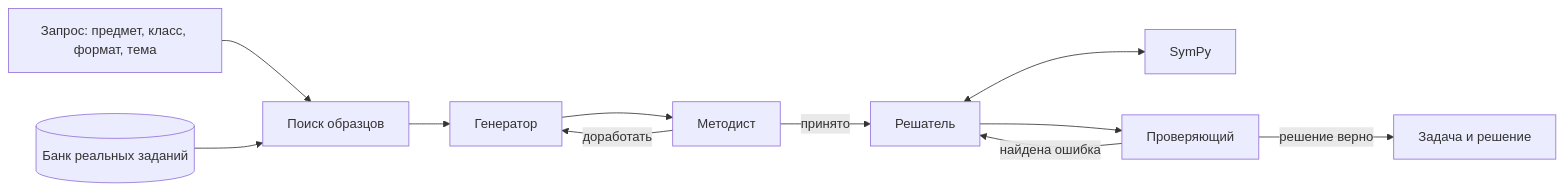
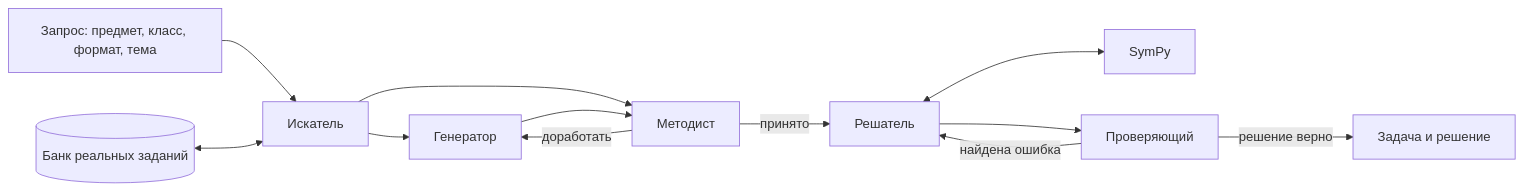
One commit to Aristarkh27/math_problems_generation changed the diagram in README.md. Above: the diagram before and after it, drawn with Mermaid. The commit also changed other lines of this file, not shown here.

````diff
--- a/README.md
+++ b/README.md
@@ -48,13 +50,14 @@
 ```mermaid
 flowchart LR
-    U["Запрос: предмет, класс, формат, тема"] --> R["Поиск образцов"]
-    B[("Банк реальных заданий")] --> R
-    R --> G["Генератор"]
-    G --> M["Методист"]
+    U["Запрос: предмет, класс, формат, тема"] --> I["Искатель"]
+    B[("Банк реальных заданий")] <--> I
+    I --> G["Генератор"]
+    I --> M["Методист"]
+    G --> M
     M -- "доработать" --> G
     M -- "принято" --> S["Решатель"]
     S <--> T["SymPy"]
     S --> V["Проверяющий"]
     V -- "найдена ошибка" --> S
     V -- "решение верно" --> O["Задача и решение"]
 ```
````
